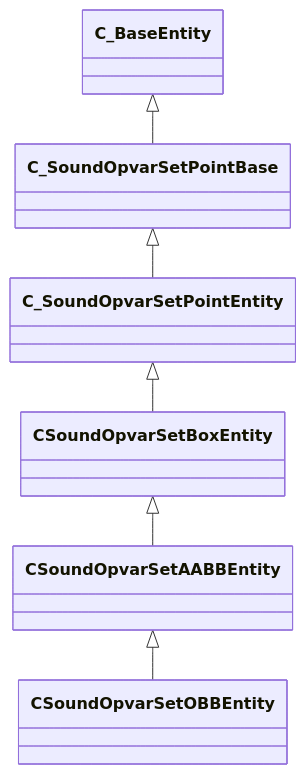
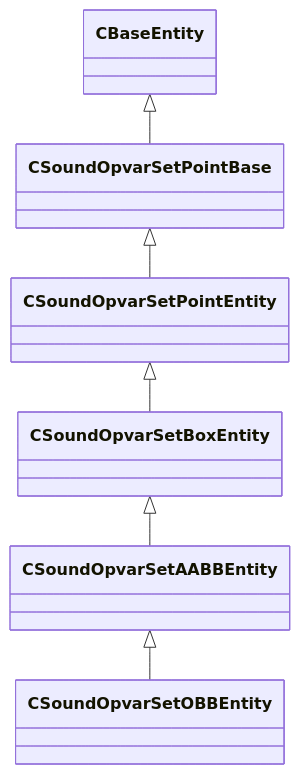
Before and after one commit to CS2OpenDev/CS2OpenDev-Docs: the diagram in docs/generated/schemas/server/CSoundOpvarSetOBBEntity.md, drawn with Mermaid. The commit also changed other lines of this file and 4525 other files, not shown here.

````diff
--- a/docs/generated/schemas/server/CSoundOpvarSetOBBEntity.md
+++ b/docs/generated/schemas/server/CSoundOpvarSetOBBEntity.md
@@ -17,8 +19,8 @@
 ```mermaid
 classDiagram
     CSoundOpvarSetAABBEntity <|-- CSoundOpvarSetOBBEntity
     CSoundOpvarSetBoxEntity <|-- CSoundOpvarSetAABBEntity
-    C_SoundOpvarSetPointEntity <|-- CSoundOpvarSetBoxEntity
-    C_SoundOpvarSetPointBase <|-- C_SoundOpvarSetPointEntity
-    C_BaseEntity <|-- C_SoundOpvarSetPointBase
+    CSoundOpvarSetPointEntity <|-- CSoundOpvarSetBoxEntity
+    CSoundOpvarSetPointBase <|-- CSoundOpvarSetPointEntity
+    CBaseEntity <|-- CSoundOpvarSetPointBase
 ```
````
